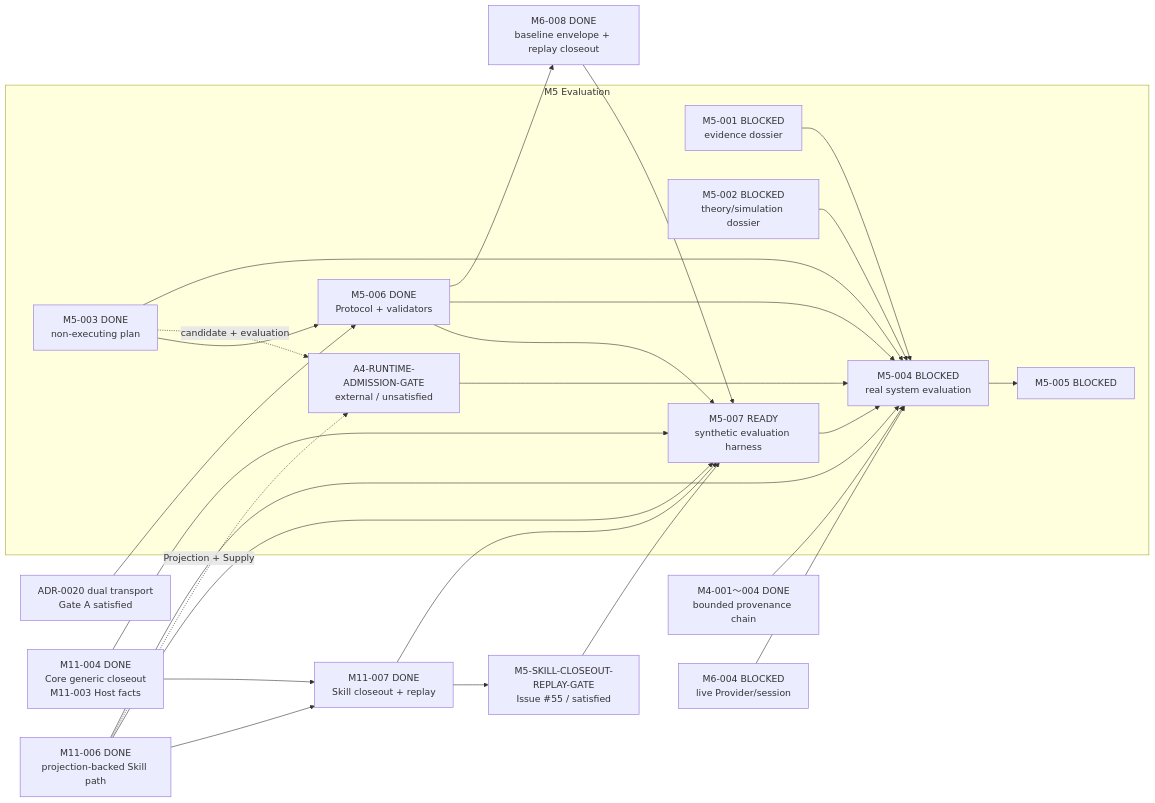
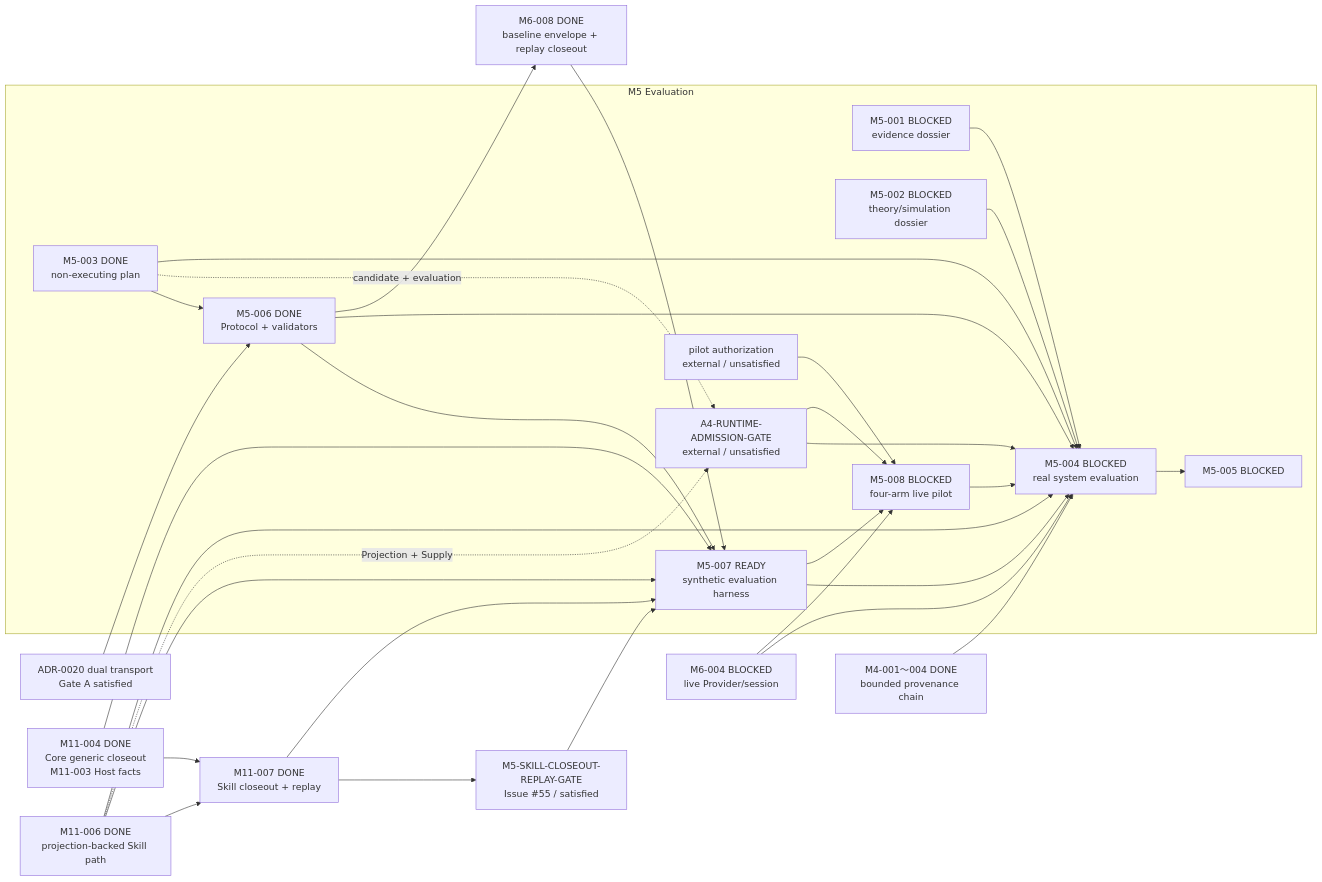
One commit to Chengyue-Lu/research-agent-workbench changed the third of 5 diagrams in docs/M_SERIES_IMPLEMENTATION_MAP.md. Above: the diagram before and after it, drawn with Mermaid. The commit also changed other lines of this file and 14 other files, not shown here.

Commit message:
docs(M5-008): require live pilot gate before formal evaluation

````diff
--- a/docs/M_SERIES_IMPLEMENTATION_MAP.md
+++ b/docs/M_SERIES_IMPLEMENTATION_MAP.md
@@ -99,30 +99,35 @@
 ```mermaid
 flowchart LR
     subgraph M5["M5 Evaluation"]
         M5001["M5-001 BLOCKED<br/>evidence dossier"] --> M5004["M5-004 BLOCKED<br/>real system evaluation"]
         M5002["M5-002 BLOCKED<br/>theory/simulation dossier"] --> M5004
         M5003["M5-003 DONE<br/>non-executing plan"] --> M5006["M5-006 DONE<br/>Protocol + validators"]
         M5006 --> M5007["M5-007 READY<br/>synthetic evaluation harness"]
         M5003 -. "candidate + evaluation" .-> A4G["A4-RUNTIME-ADMISSION-GATE<br/>external / unsatisfied"]
         A4G --> M5004
         M5003 --> M5004
         M5006 --> M5004
         M5007 --> M5004
+        M5007 --> M5008["M5-008 BLOCKED<br/>four-arm live pilot"]
+        A4G --> M5008
+        PG["pilot authorization<br/>external / unsatisfied"] --> M5008
+        M5008 --> M5004
         M5004 --> M5005["M5-005 BLOCKED"]
     end
 
     M4Done["M4-001～004 DONE<br/>bounded provenance chain"] --> M5004
     BTG["ADR-0020 dual transport<br/>Gate A satisfied"] --> M5006
     M5006 --> M6008["M6-008 DONE<br/>baseline envelope + replay closeout"]
     M6008 --> M5007
     M1104["M11-004 DONE<br/>Core generic closeout<br/>M11-003 Host facts"] --> M5007
     M1106["M11-006 DONE<br/>projection-backed Skill path"] --> M5007
     M1104 --> M1107["M11-007 DONE<br/>Skill closeout + replay"]
     M1106 --> M1107
     M1107 --> M5007
     M1107 --> SCG
     SCG["M5-SKILL-CLOSEOUT-REPLAY-GATE<br/>Issue #55 / satisfied"] --> M5007
     M1106 -. "Projection + Supply" .-> A4G
     M1106 --> M5004
     M6004["M6-004 BLOCKED<br/>live Provider/session"] --> M5004
+    M6004 --> M5008
 ```
````
